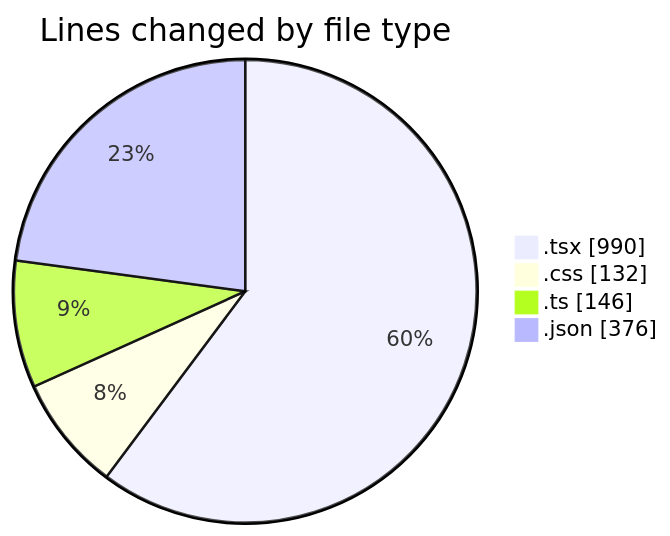
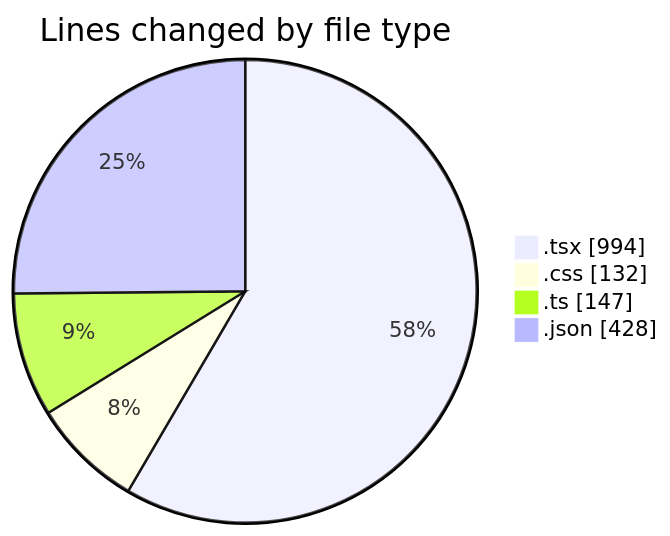
The first of 2 diagrams in 2025-05-06/niten/README.md (Elitesun/code-tracking), drawn with Mermaid before and after one commit. The commit also changed other lines of this file and 1 other file, not shown here.

````diff
--- a/2025-05-06/niten/README.md
+++ b/2025-05-06/niten/README.md
@@ -42,8 +42,8 @@
 ```mermaid
 pie showData
 title Lines changed by file type
-".tsx" : 990
+".tsx" : 994
 ".css" : 132
-".ts" : 146
-".json" : 376
+".ts" : 147
+".json" : 428
 ```
````
